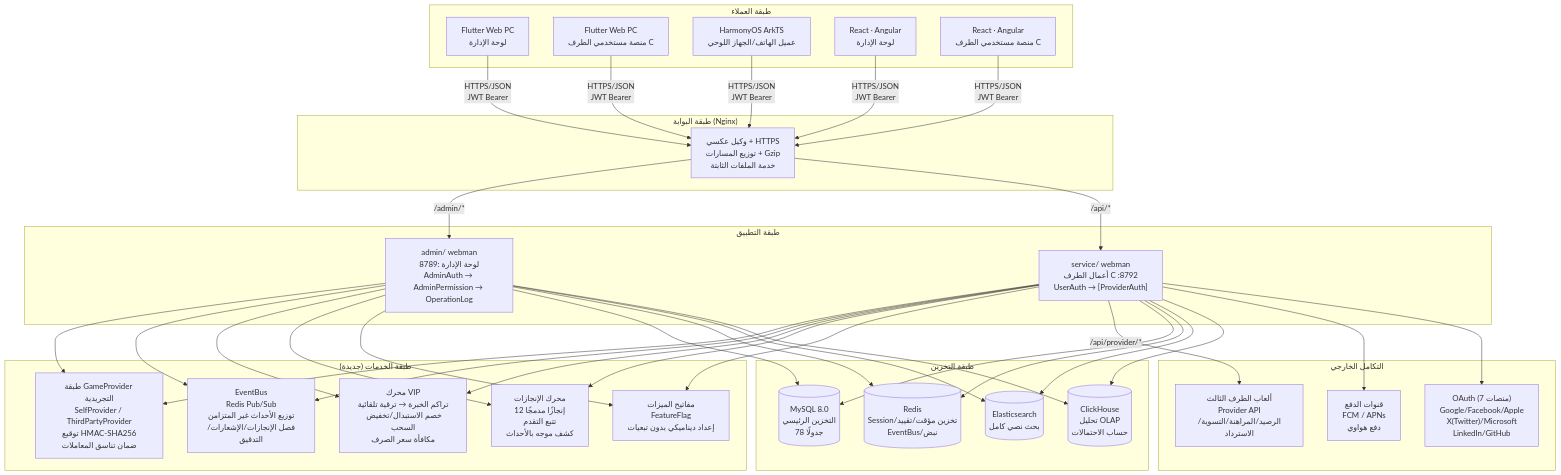
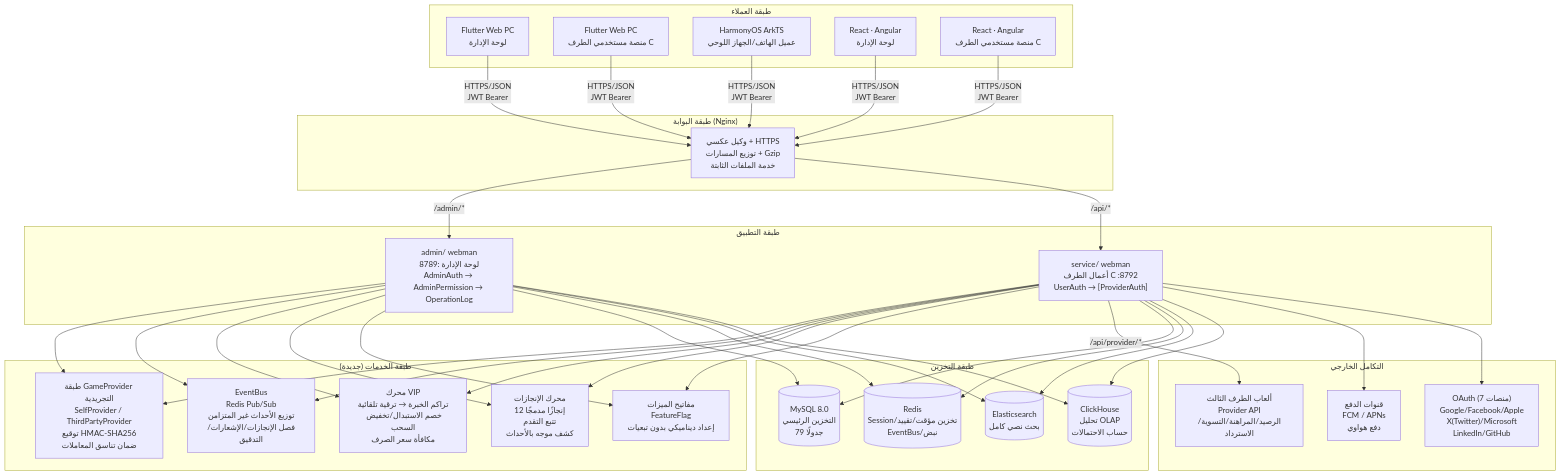
The first of 2 diagrams in docs/ARCHITECTURE.ar.md (erikwang2013/game-platform-php), drawn with Mermaid before and after one commit. The commit also changed other lines of this file and 710 other files, not shown here.

````diff
--- a/docs/ARCHITECTURE.ar.md
+++ b/docs/ARCHITECTURE.ar.md
@@ -11,48 +11,48 @@
 ```mermaid
 flowchart TB
     subgraph "طبقة العملاء"
         A1["Flutter Web PC<br/>لوحة الإدارة"]
         A2["Flutter Web PC<br/>منصة مستخدمي الطرف C"]
         A3["HarmonyOS ArkTS<br/>عميل الهاتف/الجهاز اللوحي"]
         A4["React · Angular<br/>لوحة الإدارة"]
         A5["React · Angular<br/>منصة مستخدمي الطرف C"]
     end
 
     subgraph "طبقة البوابة (Nginx)"
         B1["وكيل عكسي + HTTPS<br/>توزيع المسارات + Gzip<br/>خدمة الملفات الثابتة"]
     end
 
     subgraph "طبقة التطبيق"
         C1["admin/ webman<br/>لوحة الإدارة :8789<br/>AdminAuth → AdminPermission → OperationLog"]
         C2["service/ webman<br/>أعمال الطرف C :8792<br/>UserAuth → [ProviderAuth]"]
     end
 
     subgraph "طبقة الخدمات (جديدة)"
         D0["طبقة GameProvider التجريدية<br/>SelfProvider / ThirdPartyProvider<br/>توقيع HMAC-SHA256<br/>ضمان تناسق المعاملات"]
         D1["EventBus<br/>Redis Pub/Sub<br/>توزيع الأحداث غير المتزامن<br/>فصل الإنجازات/الإشعارات/التدقيق"]
         D2["محرك VIP<br/>تراكم الخبرة → ترقية تلقائية<br/>خصم الاستبدال/تخفيض السحب<br/>مكافأة سعر الصرف"]
         D3["محرك الإنجازات<br/>12 إنجازًا مدمجًا<br/>تتبع التقدم<br/>كشف موجه بالأحداث"]
         D4["مفاتيح الميزات<br/>FeatureFlag<br/>إعداد ديناميكي بدون تبعيات"]
     end
 
     subgraph "طبقة التخزين"
-        E1[("MySQL 8.0<br/>التخزين الرئيسي<br/>78 جدولًا")]
+        E1[("MySQL 8.0<br/>التخزين الرئيسي<br/>79 جدولًا")]
         E2[("Redis<br/>Session/تخزين مؤقت/تقييد<br/>EventBus/نبض")]
         E3[("Elasticsearch<br/>بحث نصي كامل")]
         E4[("ClickHouse<br/>تحليل OLAP<br/>حساب الاحتمالات")]
     end
 
     subgraph "التكامل الخارجي"
         F1["ألعاب الطرف الثالث<br/>Provider API<br/>الرصيد/المراهنة/التسوية/الاسترداد"]
         F2["قنوات الدفع<br/>FCM / APNs<br/>دفع هواوي"]
         F3["OAuth (7 منصات)<br/>Google/Facebook/Apple<br/>X(Twitter)/Microsoft<br/>LinkedIn/GitHub"]
     end
 
     A1 & A2 & A3 & A4 & A5 -->|"HTTPS/JSON<br/>JWT Bearer"| B1
     B1 -->|"/admin/*"| C1
     B1 -->|"/api/*"| C2
     C1 & C2 --> D0 & D1 & D2 & D3 & D4
     C2 -->|"/api/provider/*"| F1
     C1 & C2 --> E1 & E2 & E3 & E4
     C2 --> F2 & F3
 ```
````
